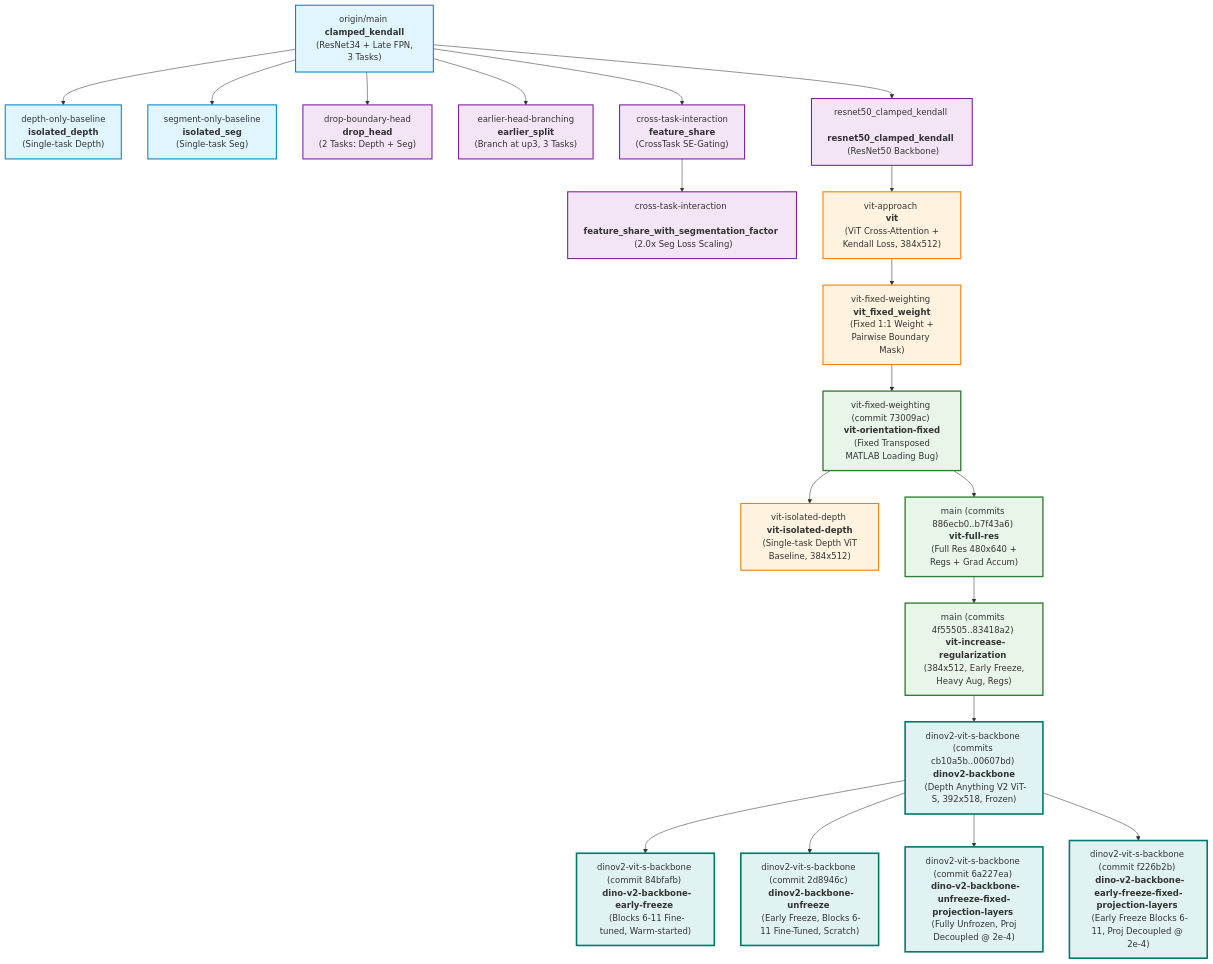
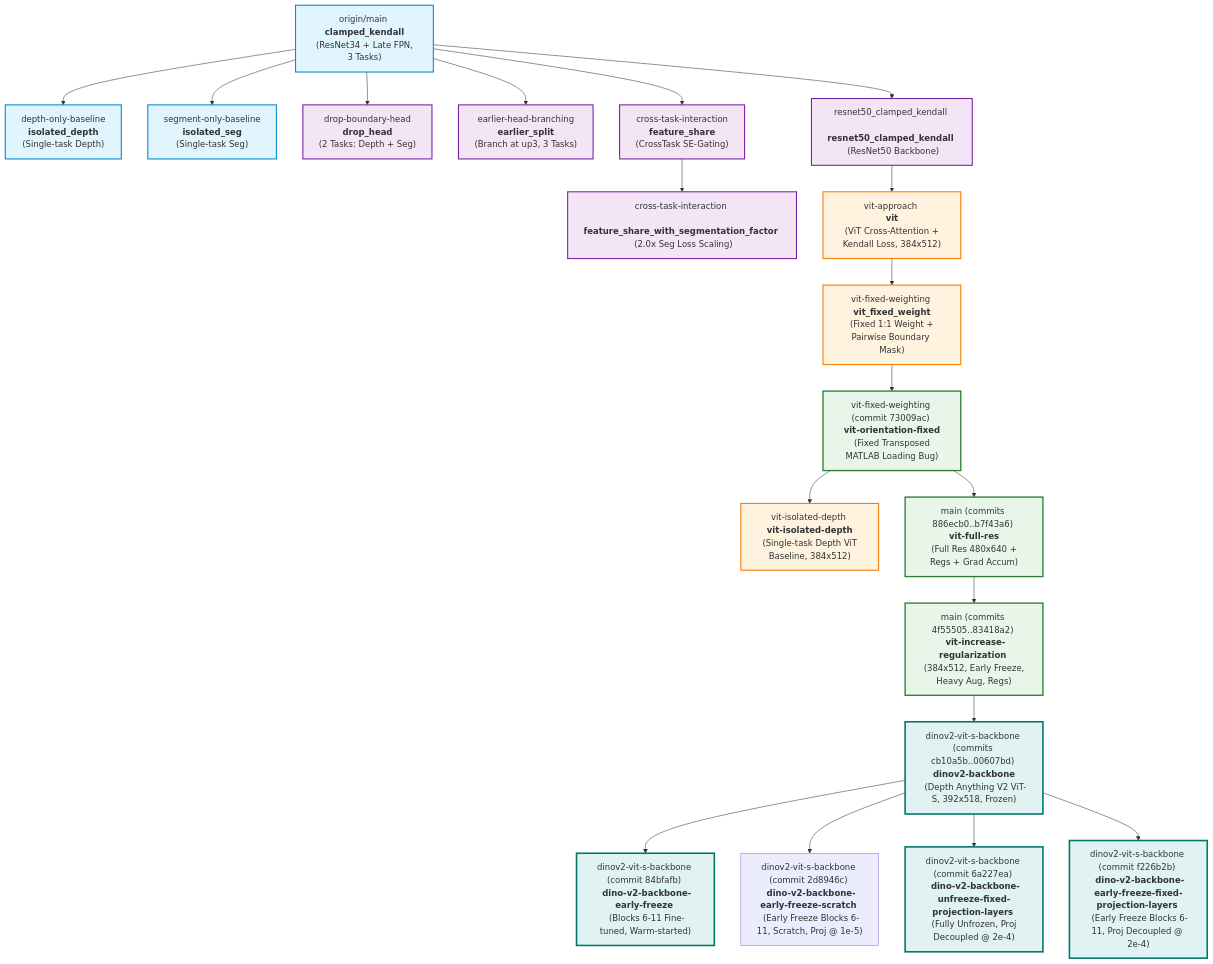
Before and after one commit to TotallyNotMinh/TwinForge: the diagram in ALL_RUN_SUMMARY.md, drawn with Mermaid. The commit also changed other lines of this file, not shown here.

Commit message:
Disambiguate Run 17 naming to dino-v2-backbone-early-freeze-scratch in ALL_RUN_SUMMARY.md

````diff
--- a/ALL_RUN_SUMMARY.md
+++ b/ALL_RUN_SUMMARY.md
@@ -38,36 +38,36 @@
 ```mermaid
 graph TD
     Main["origin/main <br/> <b>clamped_kendall</b> <br/> (ResNet34 + Late FPN, 3 Tasks)"]
     
     Main --> IsoDepth["depth-only-baseline <br/> <b>isolated_depth</b> <br/> (Single-task Depth)"]
     Main --> IsoSeg["segment-only-baseline <br/> <b>isolated_seg</b> <br/> (Single-task Seg)"]
     Main --> DropBound["drop-boundary-head <br/> <b>drop_head</b> <br/> (2 Tasks: Depth + Seg)"]
     Main --> EarlySplit["earlier-head-branching <br/> <b>earlier_split</b> <br/> (Branch at up3, 3 Tasks)"]
     Main --> CrossTask["cross-task-interaction <br/> <b>feature_share</b> <br/> (CrossTask SE-Gating)"]
     CrossTask --> CrossTaskScale["cross-task-interaction <br/> <b>feature_share_with_segmentation_factor</b> <br/> (2.0x Seg Loss Scaling)"]
     Main --> ResNet50["resnet50_clamped_kendall <br/> <b>resnet50_clamped_kendall</b> <br/> (ResNet50 Backbone)"]
     
     ResNet50 --> ViTApp["vit-approach <br/> <b>vit</b> <br/> (ViT Cross-Attention + Kendall Loss, 384x512)"]
     ViTApp --> ViTFix["vit-fixed-weighting <br/> <b>vit_fixed_weight</b> <br/> (Fixed 1:1 Weight + Pairwise Boundary Mask)"]
     ViTFix --> ViTOri["vit-fixed-weighting (commit 73009ac) <br/> <b>vit-orientation-fixed</b> <br/> (Fixed Transposed MATLAB Loading Bug)"]
     ViTOri --> ViTIso["vit-isolated-depth <br/> <b>vit-isolated-depth</b> <br/> (Single-task Depth ViT Baseline, 384x512)"]
     ViTOri --> ViTFull["main (commits 886ecb0..b7f43a6) <br/> <b>vit-full-res</b> <br/> (Full Res 480x640 + Regs + Grad Accum)"]
     ViTFull --> ViTReg["main (commits 4f55505..83418a2) <br/> <b>vit-increase-regularization</b> <br/> (384x512, Early Freeze, Heavy Aug, Regs)"]
     ViTReg --> DinoV2["dinov2-vit-s-backbone (commits cb10a5b..00607bd) <br/> <b>dinov2-backbone</b> <br/> (Depth Anything V2 ViT-S, 392x518, Frozen)"]
     DinoV2 --> DinoEarly["dinov2-vit-s-backbone (commit 84bfafb) <br/> <b>dino-v2-backbone-early-freeze</b> <br/> (Blocks 6-11 Fine-tuned, Warm-started)"]
-    DinoV2 --> DinoUnfreeze["dinov2-vit-s-backbone (commit 2d8946c) <br/> <b>dinov2-backbone-unfreeze</b> <br/> (Early Freeze, Blocks 6-11 Fine-Tuned, Scratch)"]
+    DinoV2 --> DinoEarlyScratch["dinov2-vit-s-backbone (commit 2d8946c) <br/> <b>dino-v2-backbone-early-freeze-scratch</b> <br/> (Early Freeze Blocks 6-11, Scratch, Proj @ 1e-5)"]
     DinoV2 --> DinoUnfreezeFix["dinov2-vit-s-backbone (commit 6a227ea) <br/> <b>dino-v2-backbone-unfreeze-fixed-projection-layers</b> <br/> (Fully Unfrozen, Proj Decoupled @ 2e-4)"]
     DinoV2 --> DinoEarlyFix["dinov2-vit-s-backbone (commit f226b2b) <br/> <b>dino-v2-backbone-early-freeze-fixed-projection-layers</b> <br/> (Early Freeze Blocks 6-11, Proj Decoupled @ 2e-4)"]
 
     classDef baseline fill:#e1f5fe,stroke:#0288d1,stroke-width:2px;
     classDef vit fill:#fff3e0,stroke:#f57c00,stroke-width:2px;
     classDef vitbest fill:#e8f5e9,stroke:#2e7d32,stroke-width:2.5px;
     classDef dinobest fill:#e0f2f1,stroke:#00796b,stroke-width:3px;
     classDef abl fill:#f3e5f5,stroke:#7b1fa2,stroke-width:2px;
     
     class Main,IsoDepth,IsoSeg baseline;
     class DropBound,EarlySplit,CrossTask,CrossTaskScale,ResNet50 abl;
     class ViTApp,ViTFix,ViTIso vit;
     class ViTOri,ViTFull,ViTReg vitbest;
     class DinoV2,DinoEarly,DinoUnfreeze,DinoUnfreezeFix,DinoEarlyFix dinobest;
 ```
````
